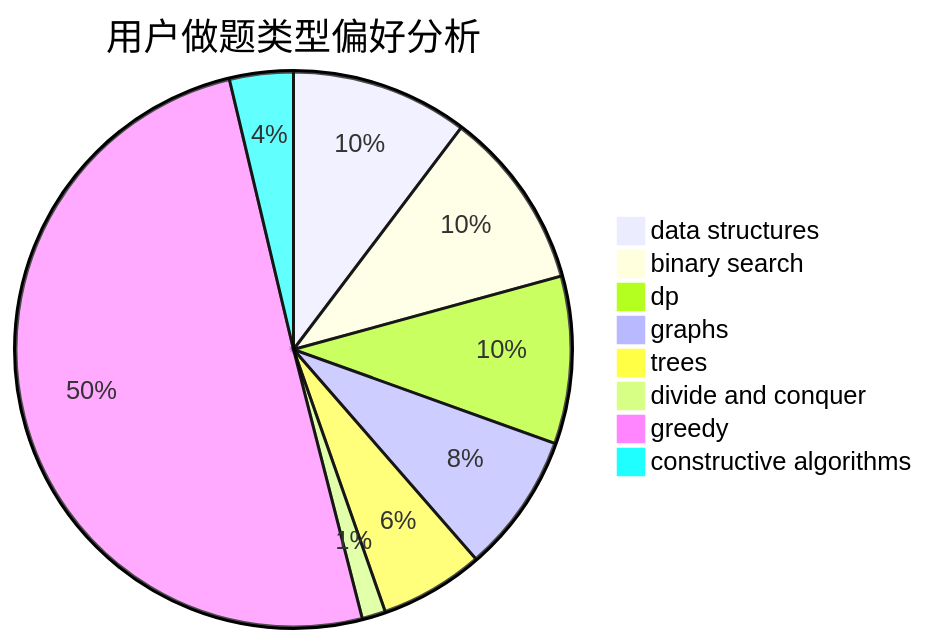
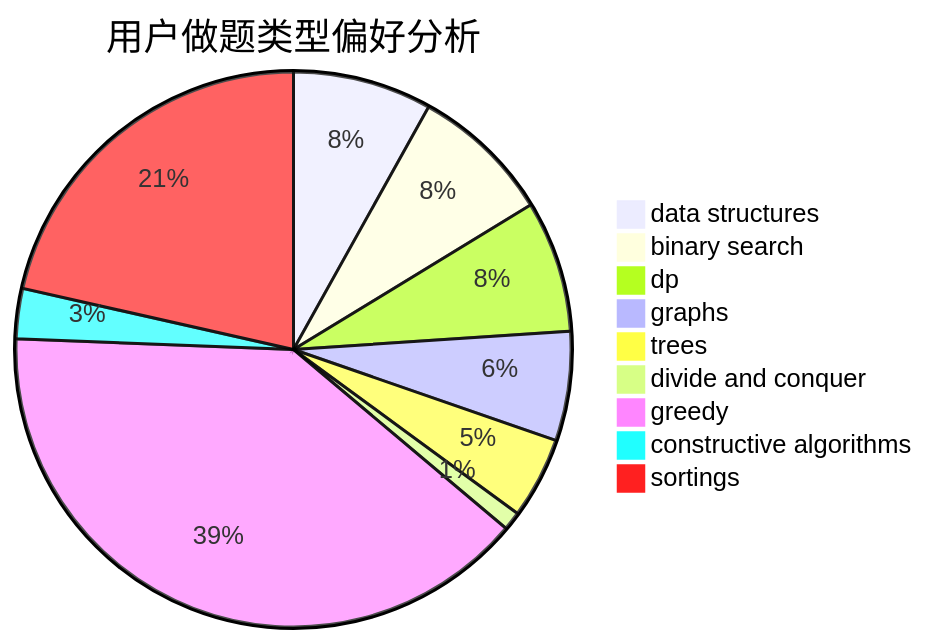
The second of 3 diagrams in docs/user/u1048.md (sherpahu/cfrs.github.io), drawn with Mermaid before and after one commit. The commit also changed other lines of this file and 2769 other files, not shown here.

````diff
--- a/docs/user/u1048.md
+++ b/docs/user/u1048.md
@@ -23,11 +18,12 @@
 ```mermaid
 pie title 用户做题类型偏好分析
     "data structures" :  75
     "binary search" :  76
     "dp" :  71
     "graphs" :  59
     "trees" :  44
     "divide and conquer" :  10
     "greedy" :  366
     "constructive algorithms" :  27
+    "sortings" :  199
 ```
````
